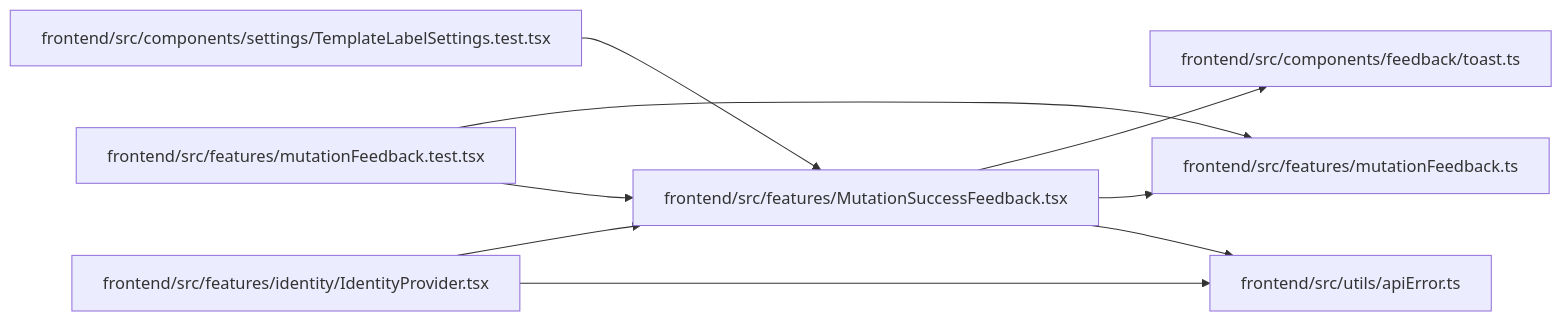
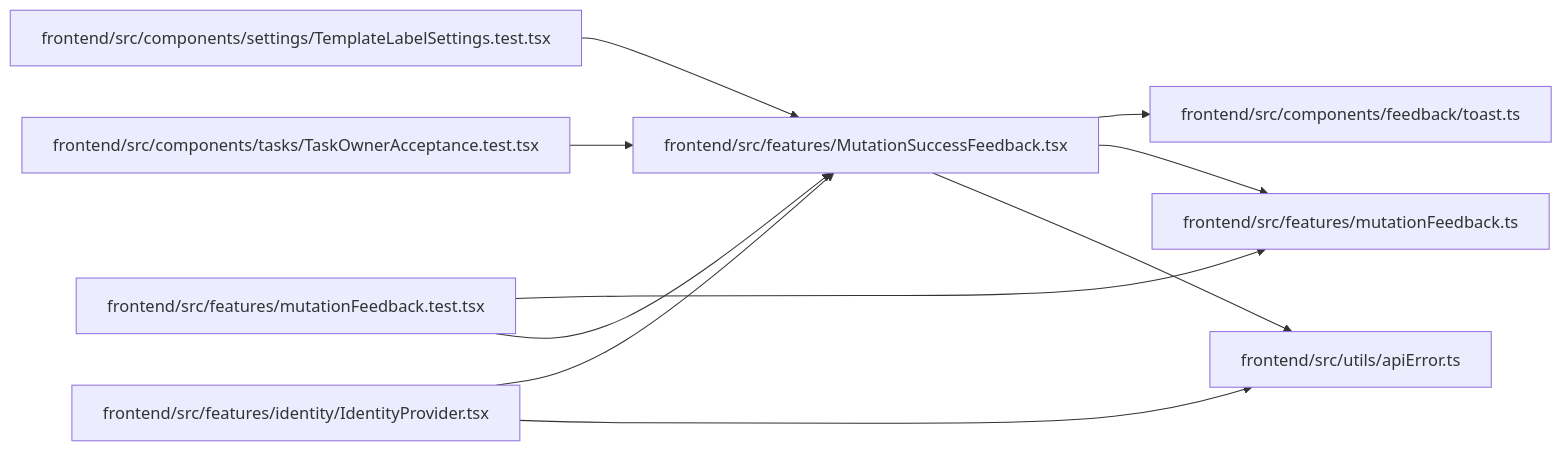
One commit to Denissvgn/WorkChord changed the diagram in docs/llm_wiki/modules/MutationSuccessFeedback.md. Above: the diagram before and after it, drawn with Mermaid. The commit also changed other lines of this file and 520 other files, not shown here.

Commit message:
Sync the architectural wiki for owner acceptance on the task page

````diff
--- a/docs/llm_wiki/modules/MutationSuccessFeedback.md
+++ b/docs/llm_wiki/modules/MutationSuccessFeedback.md
@@ -32,25 +32,28 @@
 ```mermaid
 flowchart LR
     n0["frontend/src/components/feedback/toast.ts"]
     n1["frontend/src/components/settings/TemplateLabelSettings.test.tsx"]
-    n2["frontend/src/features/identity/IdentityProvider.tsx"]
-    n3["frontend/src/features/mutationFeedback.test.tsx"]
-    n4["frontend/src/features/mutationFeedback.ts"]
-    n5["frontend/src/features/MutationSuccessFeedback.tsx"]
-    n6["frontend/src/utils/apiError.ts"]
-    n1 --> n5
-    n2 --> n5
+    n2["frontend/src/components/tasks/TaskOwnerAcceptance.test.tsx"]
+    n3["frontend/src/features/identity/IdentityProvider.tsx"]
+    n4["frontend/src/features/mutationFeedback.test.tsx"]
+    n5["frontend/src/features/mutationFeedback.ts"]
+    n6["frontend/src/features/MutationSuccessFeedback.tsx"]
+    n7["frontend/src/utils/apiError.ts"]
+    n1 --> n6
     n2 --> n6
-    n3 --> n4
-    n3 --> n5
-    n5 --> n0
-    n5 --> n4
-    n5 --> n6
+    n3 --> n6
+    n3 --> n7
+    n4 --> n5
+    n4 --> n6
+    n6 --> n0
+    n6 --> n5
+    n6 --> n7
     click n0 "../modules/toast.md"
     click n1 "../modules/TemplateLabelSettings.test.md"
-    click n2 "../modules/IdentityProvider.md"
-    click n3 "../modules/mutationFeedback.test.md"
-    click n4 "../modules/mutationFeedback.md"
-    click n5 "../modules/MutationSuccessFeedback.md"
-    click n6 "../modules/apiError.md"
+    click n2 "../modules/TaskOwnerAcceptance.test.md"
+    click n3 "../modules/IdentityProvider.md"
+    click n4 "../modules/mutationFeedback.test.md"
+    click n5 "../modules/mutationFeedback.md"
+    click n6 "../modules/MutationSuccessFeedback.md"
+    click n7 "../modules/apiError.md"
 ```
````
